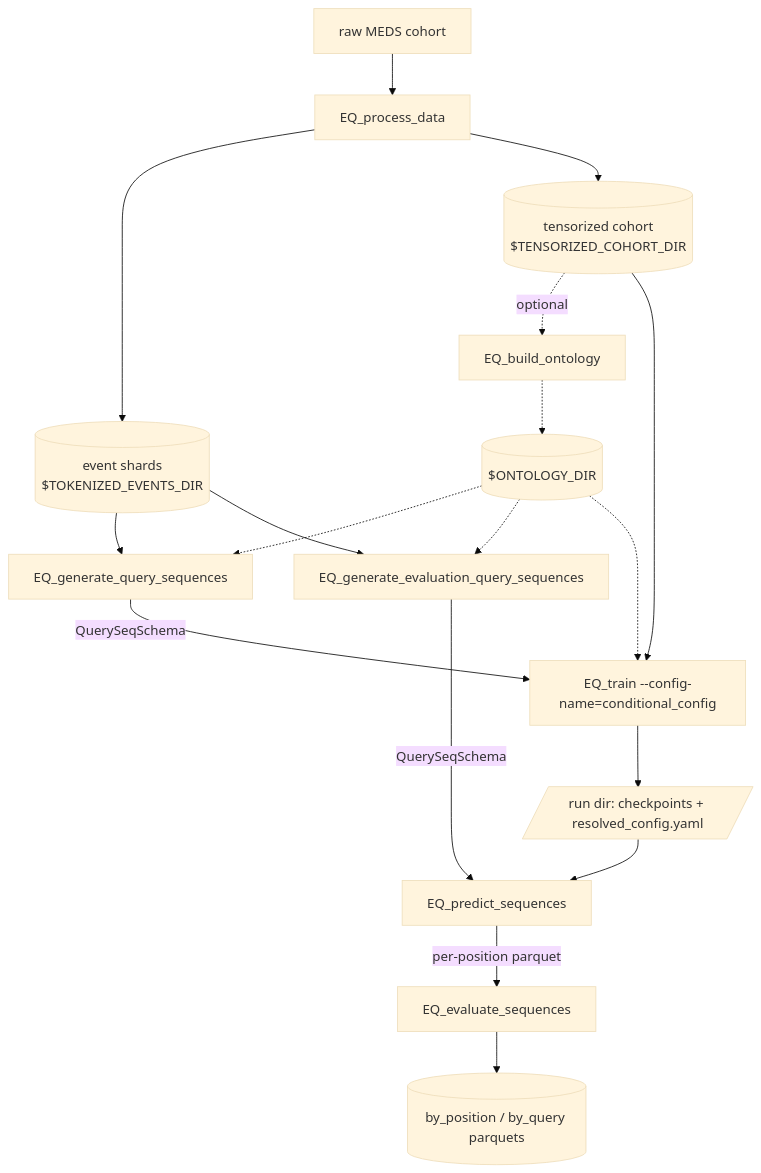
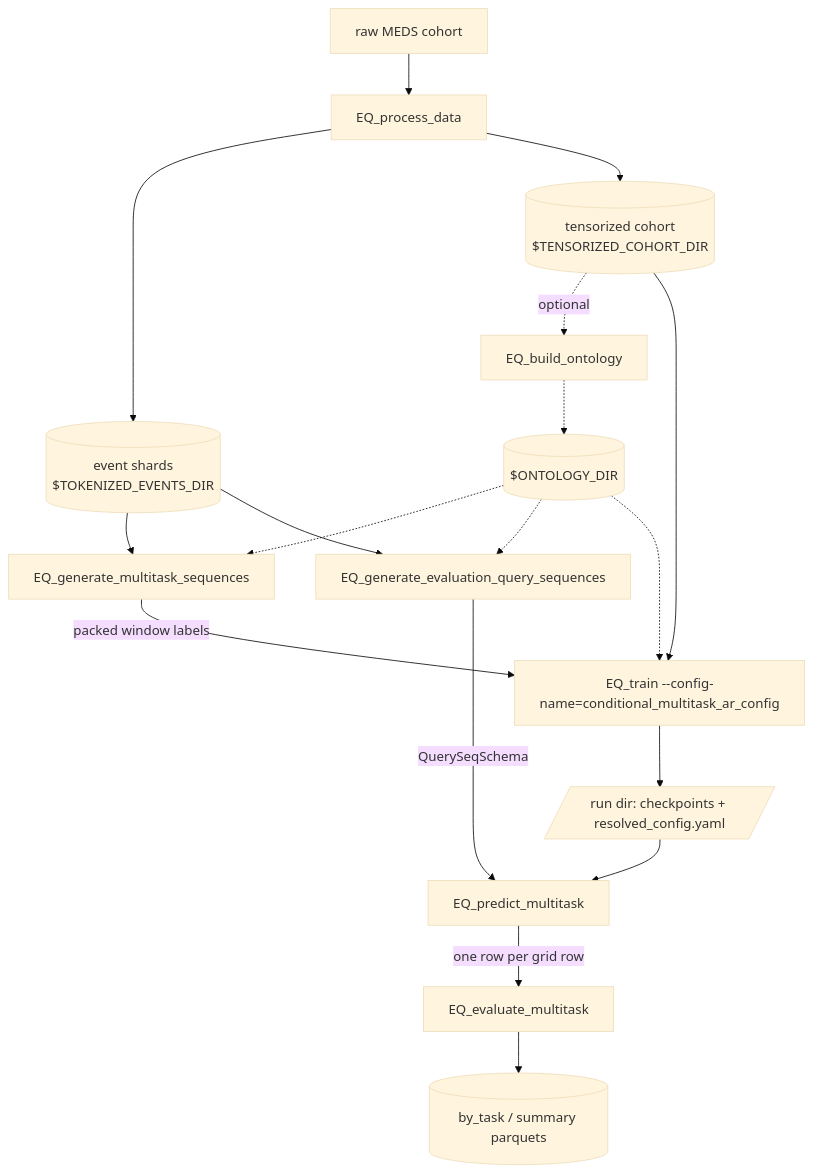
The first of 2 diagrams in README.md (mmcdermott/EveryQuery-conditional), drawn with Mermaid (base theme) before and after one commit. The commit also changed other lines of this file and 2 other files, not shown here.

````diff
--- a/README.md
+++ b/README.md
@@ -49,23 +63,23 @@
 ```mermaid
 flowchart TD
     meds[raw MEDS cohort] --> process[EQ_process_data]
     process --> events[("event shards<br/>$TOKENIZED_EVENTS_DIR")]
     process --> cohort[("tensorized cohort<br/>$TENSORIZED_COHORT_DIR")]
     cohort -. optional .-> onto[EQ_build_ontology]
     onto -.-> ontodir[("$ONTOLOGY_DIR")]
 
-    events --> gen[EQ_generate_query_sequences]
+    events --> gen[EQ_generate_multitask_sequences]
     events --> geneval[EQ_generate_evaluation_query_sequences]
     ontodir -.-> gen
     ontodir -.-> geneval
 
-    gen -- QuerySeqSchema --> train["EQ_train --config-name=conditional_config"]
+    gen -- "packed window labels" --> train["EQ_train --config-name=conditional_multitask_ar_config"]
     cohort --> train
     ontodir -.-> train
     train --> ckpt[/run dir: checkpoints + resolved_config.yaml/]
 
-    ckpt --> predict[EQ_predict_sequences]
+    ckpt --> predict[EQ_predict_multitask]
     geneval -- QuerySeqSchema --> predict
-    predict -- per-position parquet --> evaluate[EQ_evaluate_sequences]
-    evaluate --> metrics[("by_position / by_query parquets")]
+    predict -- "one row per grid row" --> evaluate[EQ_evaluate_multitask]
+    evaluate --> metrics[("by_task / summary parquets")]
 ```
````
